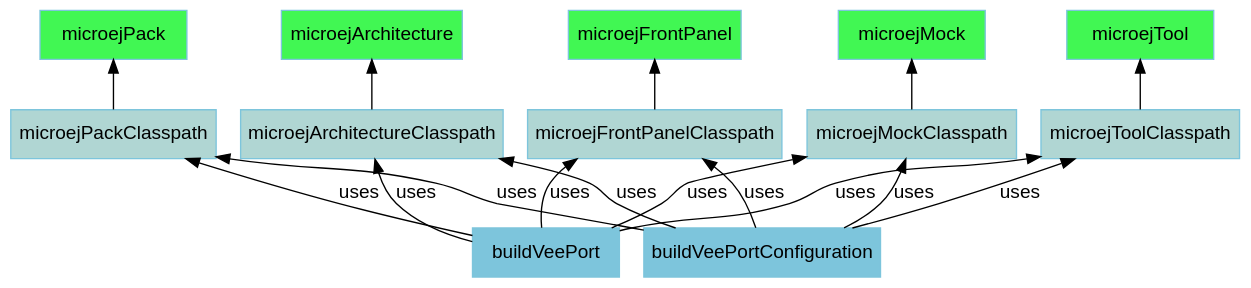
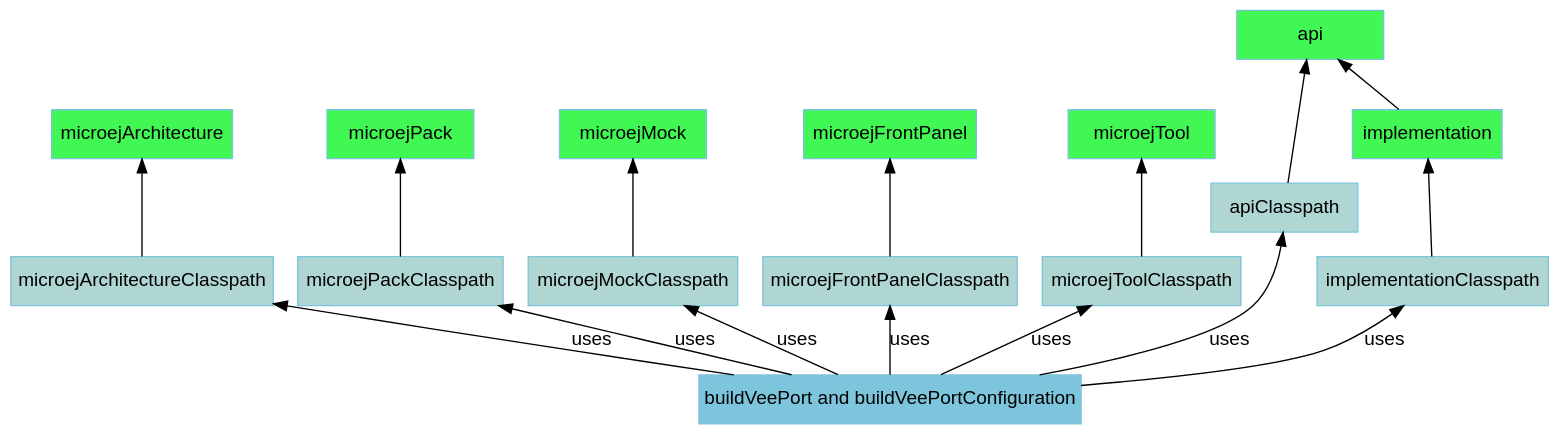
Before and after one commit to MicroEJ/docs: the diagram in SDK6UserGuide/appendix/graphVeePortConfigurations.dot, drawn with Graphviz. The commit also changed 1 other file, not shown here.

```diff
--- a/SDK6UserGuide/appendix/graphVeePortConfigurations.dot
+++ b/SDK6UserGuide/appendix/graphVeePortConfigurations.dot
@@ -1,40 +1,44 @@
 digraph mygraph {
     rankdir="BT";
     bgcolor="transparent"
     fontname="Helvetica,Arial,sans-serif"
     node [
         shape = box
         width = 1.5
         color = "#7dc5dc"
         style = filled
         fontname="Helvetica,Arial,sans-serif"
     ]
     edge [fontname="Helvetica,Arial,sans-serif"]
     "microejArchitecture" [fillcolor = "#41f753"]
     "microejPack" [fillcolor = "#41f753"]
     "microejMock" [fillcolor = "#41f753"]
     "microejFrontPanel" [fillcolor = "#41f753"]
     "microejTool" [fillcolor = "#41f753"]
+    "api" [fillcolor = "#41f753"]
+    "implementation" [fillcolor = "#41f753"]
 
     "microejArchitectureClasspath" [fillcolor = "#b0d6d3"]
     "microejPackClasspath" [fillcolor = "#b0d6d3"]
     "microejMockClasspath" [fillcolor = "#b0d6d3"]
     "microejFrontPanelClasspath" [fillcolor = "#b0d6d3"]
     "microejToolClasspath" [fillcolor = "#b0d6d3"]
+    "apiClasspath" [fillcolor = "#b0d6d3"]
+    "implementationClasspath" [fillcolor = "#b0d6d3"]
 
     "microejArchitectureClasspath" -> "microejArchitecture"
     "microejPackClasspath" -> "microejPack"
     "microejMockClasspath" -> "microejMock"
     "microejFrontPanelClasspath" -> "microejFrontPanel"
     "microejToolClasspath" -> "microejTool"
-    "buildVeePort" -> "microejArchitectureClasspath" [ label="uses" ]
-    "buildVeePort" -> "microejPackClasspath" [ label="uses" ]
-    "buildVeePort" -> "microejMockClasspath" [ label="uses" ]
-    "buildVeePort" -> "microejFrontPanelClasspath" [ label="uses" ]
-    "buildVeePort" -> "microejToolClasspath" [ label="uses" ]
-    "buildVeePortConfiguration" -> "microejArchitectureClasspath" [ label="uses" ]
-    "buildVeePortConfiguration" -> "microejPackClasspath" [ label="uses" ]
-    "buildVeePortConfiguration" -> "microejMockClasspath" [ label="uses" ]
-    "buildVeePortConfiguration" -> "microejFrontPanelClasspath" [ label="uses" ]
-    "buildVeePortConfiguration" -> "microejToolClasspath" [ label="uses" ]
+    "implementation" -> "api"
+    "apiClasspath" -> "api"
+    "implementationClasspath" -> "implementation"
+    "buildVeePort and buildVeePortConfiguration" -> "microejArchitectureClasspath" [ label="uses" ]
+    "buildVeePort and buildVeePortConfiguration" -> "microejPackClasspath" [ label="uses" ]
+    "buildVeePort and buildVeePortConfiguration" -> "microejMockClasspath" [ label="uses" ]
+    "buildVeePort and buildVeePortConfiguration" -> "microejFrontPanelClasspath" [ label="uses" ]
+    "buildVeePort and buildVeePortConfiguration" -> "microejToolClasspath" [ label="uses" ]
+    "buildVeePort and buildVeePortConfiguration" -> "apiClasspath" [ label="uses" ]
+    "buildVeePort and buildVeePortConfiguration" -> "implementationClasspath" [ label="uses" ]
 }
```
